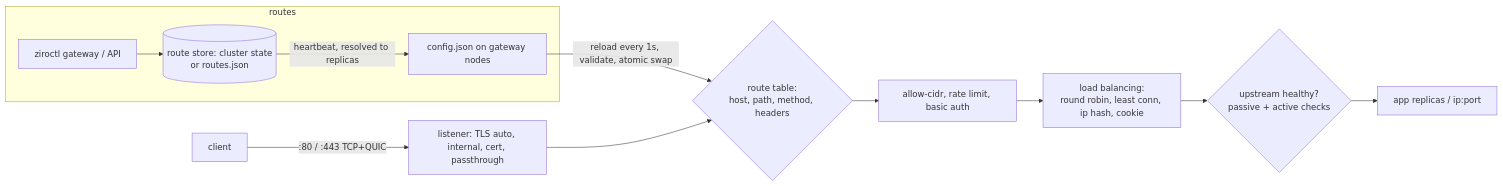
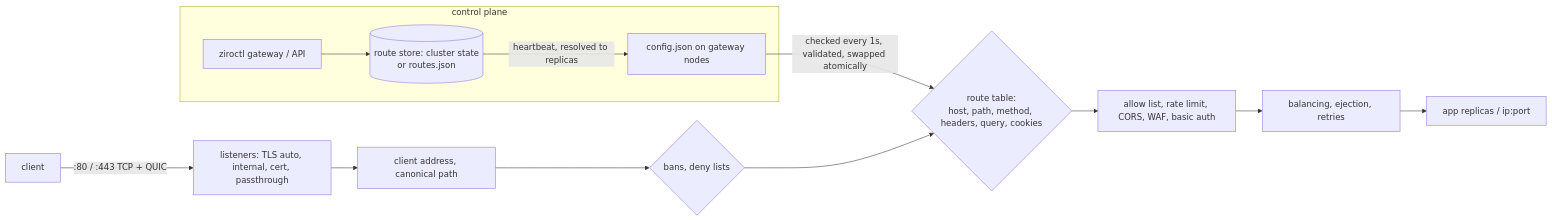
One commit to ziro-os/ziro-os changed the diagram in docs/gateway.md. Above: the diagram before and after it, drawn with Mermaid. The commit also changed other lines of this file and 17 other files, not shown here.

````diff
--- a/docs/gateway.md
+++ b/docs/gateway.md
@@ -151,14 +535,15 @@
 ```mermaid
 flowchart LR
-  subgraph Control[routes]
+  subgraph Control[control plane]
     CLI[ziroctl gateway / API] --> ST[(route store: cluster state<br/>or routes.json)]
     ST -- heartbeat, resolved to replicas --> CFG[config.json on gateway nodes]
   end
-  CFG -- reload every 1s, validate, atomic swap --> T
-  C[client] -- ":80 / :443 TCP+QUIC" --> L[listener: TLS auto, internal, cert, passthrough]
-  L --> T{route table:<br/>host, path, method, headers}
-  T --> AC[allow-cidr, rate limit, basic auth]
-  AC --> LB[load balancing:<br/>round robin, least conn, ip hash, cookie]
-  LB --> H{upstream healthy?<br/>passive + active checks}
-  H --> U[app replicas / ip:port]
+  CFG -- checked every 1s, validated, swapped atomically --> T
+  C[client] -- ":80 / :443 TCP + QUIC" --> L[listeners: TLS auto, internal, cert, passthrough]
+  L --> ID[client address, canonical path]
+  ID --> B{bans, deny lists}
+  B --> T{route table:<br/>host, path, method, headers, query, cookies}
+  T --> AC[allow list, rate limit, CORS, WAF, basic auth]
+  AC --> LB[balancing, ejection, retries]
+  LB --> U[app replicas / ip:port]
 ```
````
